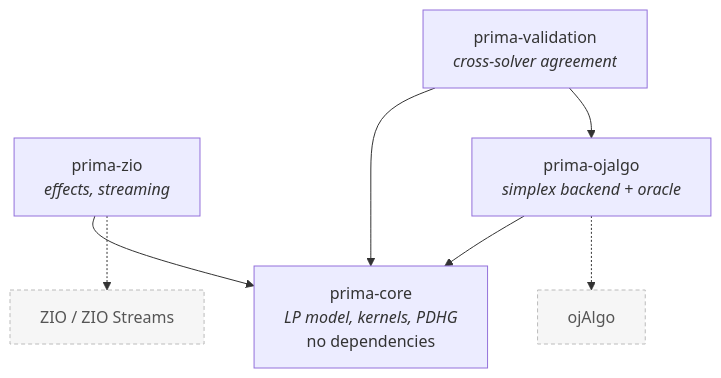
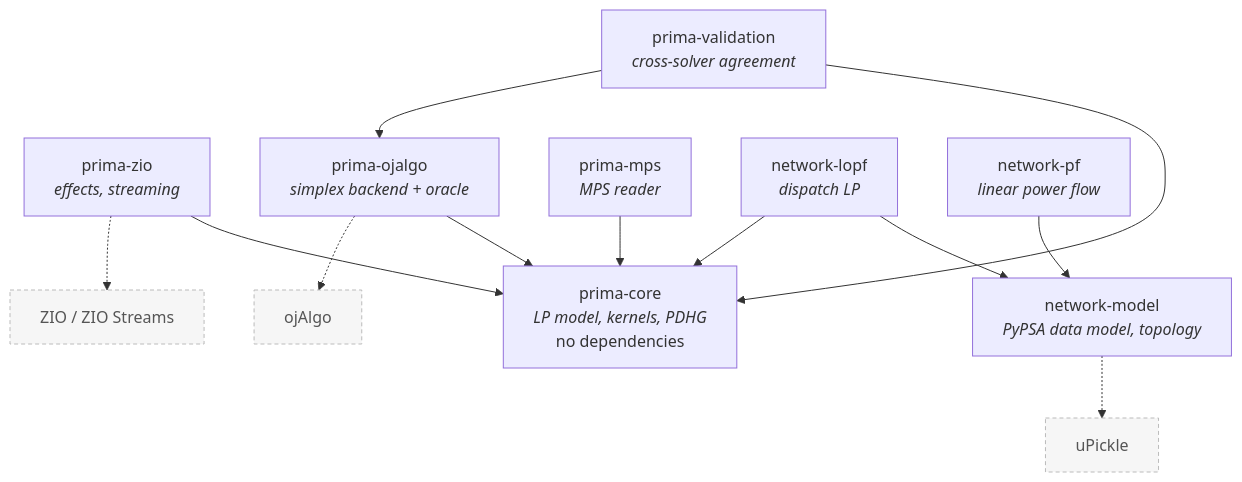
The first of 6 diagrams in ARCHITECTURE.md (oluies/noaidi), drawn with Mermaid before and after one commit. The commit also changed other lines of this file and 69 other files, not shown here.

First line of the commit message:
Sub-network topology (#7)

````diff
--- a/ARCHITECTURE.md
+++ b/ARCHITECTURE.md
@@ -30,19 +30,30 @@
 ```mermaid
 graph TD
     primaCore["prima-core<br/><i>LP model, kernels, PDHG</i><br/>no dependencies"]
     primaZio["prima-zio<br/><i>effects, streaming</i>"]
     primaOjalgo["prima-ojalgo<br/><i>simplex backend + oracle</i>"]
     primaValidation["prima-validation<br/><i>cross-solver agreement</i>"]
+    primaMps["prima-mps<br/><i>MPS reader</i>"]
+
+    networkModel["network-model<br/><i>PyPSA data model, topology</i>"]
+    networkLopf["network-lopf<br/><i>dispatch LP</i>"]
+    networkPf["network-pf<br/><i>linear power flow</i>"]
 
     zioLib["ZIO / ZIO Streams"]:::ext
     ojalgoLib["ojAlgo"]:::ext
+    upickleLib["uPickle"]:::ext
 
     primaZio --> primaCore
     primaOjalgo --> primaCore
     primaValidation --> primaCore
     primaValidation --> primaOjalgo
+    primaMps --> primaCore
+    networkLopf --> networkModel
+    networkLopf --> primaCore
+    networkPf --> networkModel
     primaZio -.-> zioLib
     primaOjalgo -.-> ojalgoLib
+    networkModel -.-> upickleLib
 
     classDef ext fill:#f6f6f6,stroke:#bbb,stroke-dasharray:4 3,color:#555;
 ```
````
